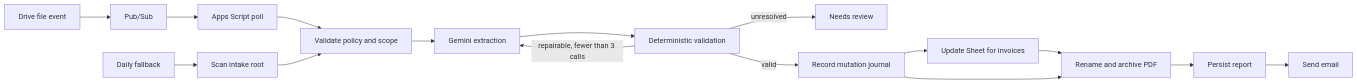
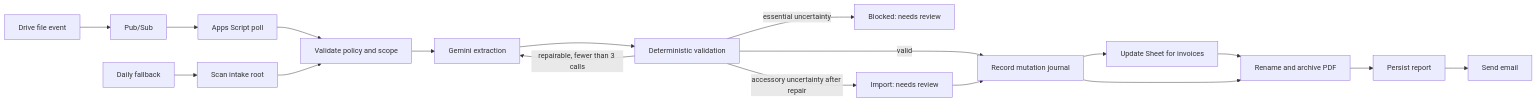
The diagram in README.md (marcomc/Google-Drive-Utilities-Cataloger), drawn with Mermaid before and after one commit. The commit also changed other lines of this file and 8 other files, not shown here.

````diff
--- a/README.md
+++ b/README.md
@@ -19,18 +19,20 @@
 ```mermaid
 flowchart LR
   event[Drive file event] --> pubsub[Pub/Sub]
   pubsub --> poll[Apps Script poll]
   daily[Daily fallback] --> scan[Scan intake root]
   poll --> policy[Validate policy and scope]
   scan --> policy
   policy --> gemini[Gemini extraction]
   gemini --> verify[Deterministic validation]
   verify -->|repairable, fewer than 3 calls| gemini
-  verify -->|unresolved| review[Needs review]
+  verify -->|essential uncertainty| review[Blocked: needs review]
+  verify -->|accessory uncertainty after repair| warning[Import: needs review]
   verify -->|valid| journal[Record mutation journal]
+  warning --> journal
   journal --> sheets[Update Sheet for invoices]
   sheets --> drive[Rename and archive PDF]
   journal --> drive
   drive --> outbox[Persist report]
   outbox --> mail[Send email]
 ```
````
